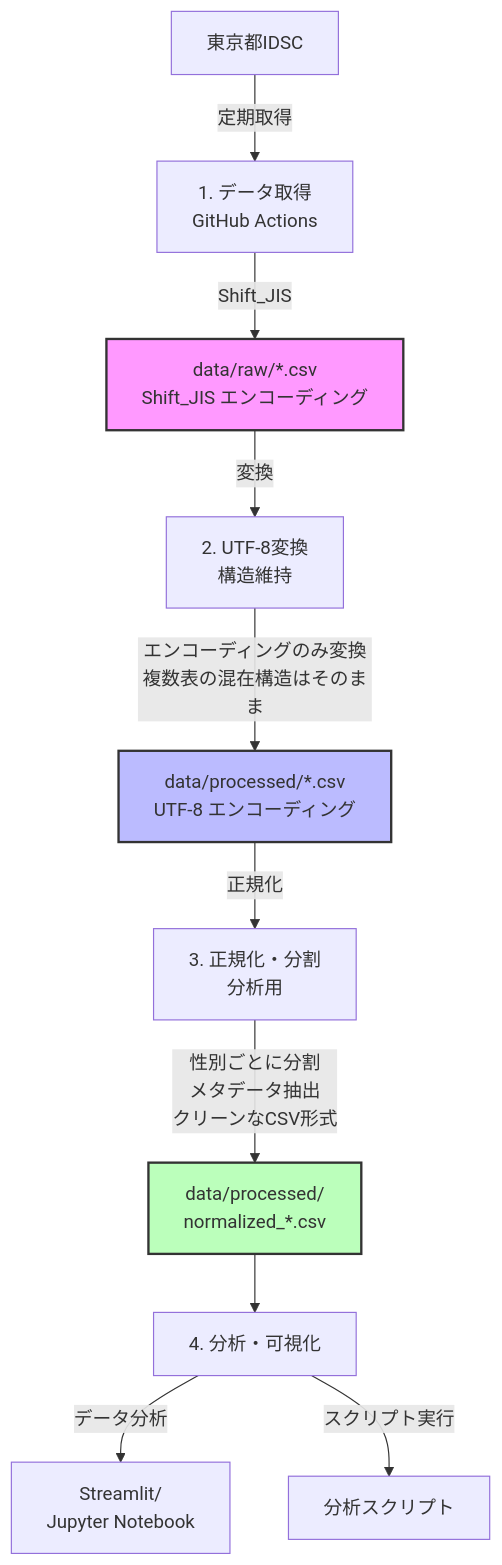
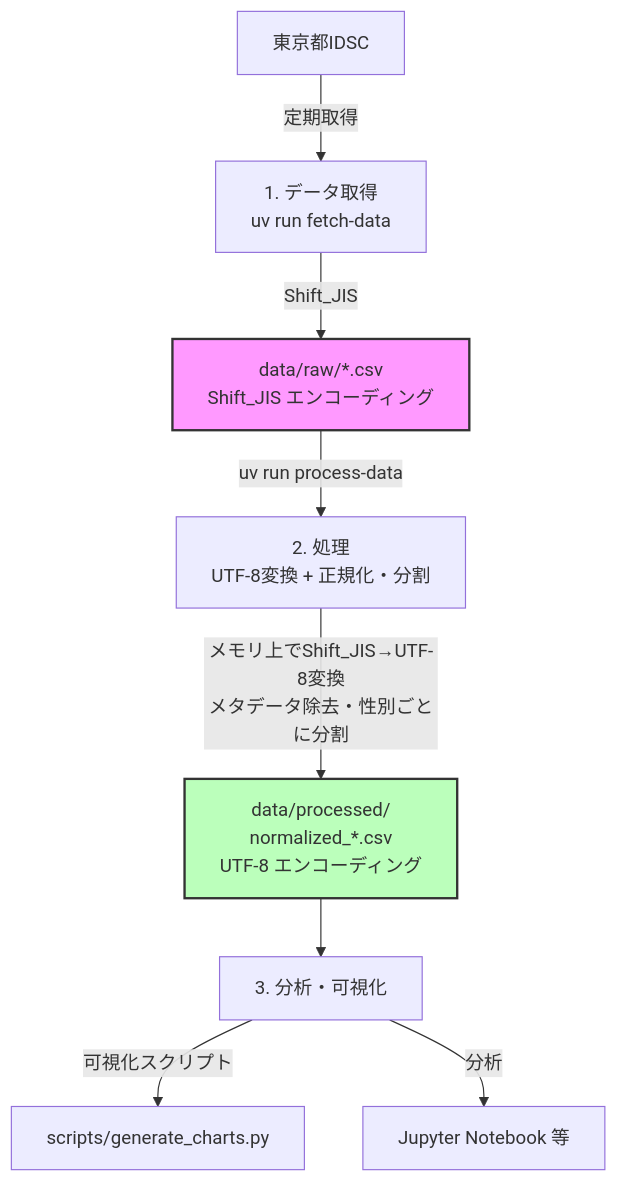
One commit to kambarakun/fetch-tokyo-idsc-github-actions changed the first of 4 diagrams in docs/data_structure_design.md. Above: the diagram before and after it, drawn with Mermaid. The commit also changed other lines of this file and 10 other files, not shown here.

````diff
--- a/docs/data_structure_design.md
+++ b/docs/data_structure_design.md
@@ -49,19 +43,15 @@
 ```mermaid
 flowchart TD
-    IDSC[東京都IDSC] -->|定期取得| FetchData[1. データ取得<br/>GitHub Actions]
+    IDSC[東京都IDSC] -->|定期取得| FetchData[1. データ取得<br/>uv run fetch-data]
     FetchData -->|Shift_JIS| RawDir[data/raw/*.csv<br/>Shift_JIS エンコーディング]
 
-    RawDir -->|変換| UTF8Convert[2. UTF-8変換<br/>構造維持]
-    UTF8Convert -->|エンコーディングのみ変換<br/>複数表の混在構造はそのまま| ProcessedDir[data/processed/*.csv<br/>UTF-8 エンコーディング]
+    RawDir -->|uv run process-data| Process[2. 処理<br/>UTF-8変換 + 正規化・分割]
+    Process -->|メモリ上でShift_JIS→UTF-8変換<br/>メタデータ除去・性別ごとに分割| ProcessedDir[data/processed/<br/>normalized_*.csv<br/>UTF-8 エンコーディング]
 
-    ProcessedDir -->|正規化| Normalize[3. 正規化・分割<br/>分析用]
-    Normalize -->|性別ごとに分割<br/>メタデータ抽出<br/>クリーンなCSV形式| NormalizedDir[data/processed/<br/>normalized_*.csv]
-
-    NormalizedDir --> Analysis[4. 分析・可視化]
-    Analysis -->|データ分析| Streamlit[Streamlit/<br/>Jupyter Notebook]
-    Analysis -->|スクリプト実行| Scripts[分析スクリプト]
+    ProcessedDir --> Analysis[3. 分析・可視化]
+    Analysis -->|可視化スクリプト| Charts[scripts/generate_charts.py]
+    Analysis -->|分析| Notebook[Jupyter Notebook 等]
 
     style RawDir fill:#f9f,stroke:#333,stroke-width:2px
-    style ProcessedDir fill:#bbf,stroke:#333,stroke-width:2px
-    style NormalizedDir fill:#bfb,stroke:#333,stroke-width:2px
+    style ProcessedDir fill:#bfb,stroke:#333,stroke-width:2px
 ```
````
